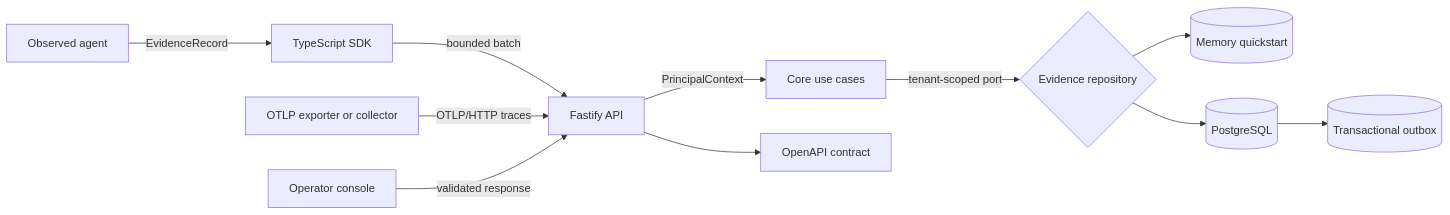
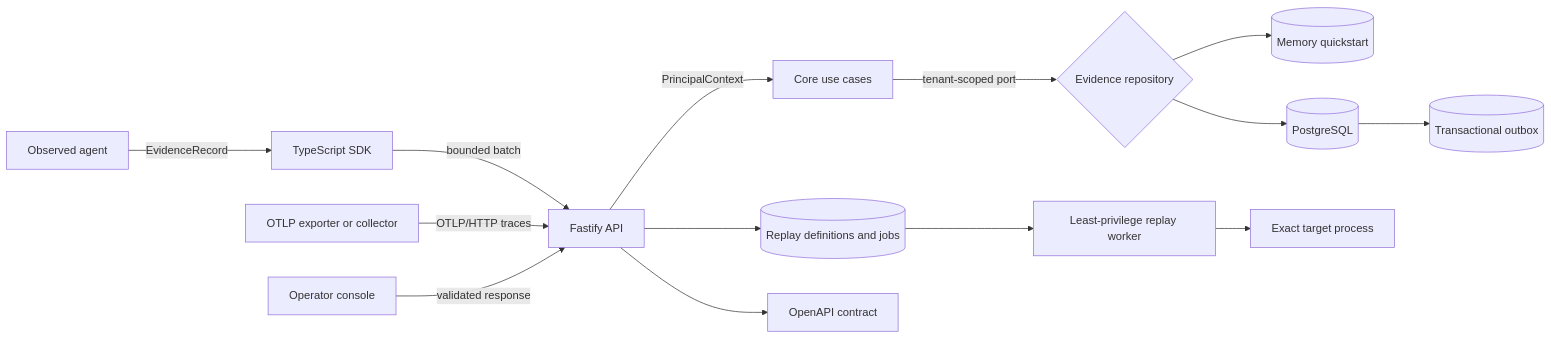
One commit to Kwondh0321/proofstack changed the diagram in README.md. Above: the diagram before and after it, drawn with Mermaid. The commit also changed other lines of this file and 2 other files, not shown here.

First line of the commit message:
docs(project): align durable replay claims

````diff
--- a/README.md
+++ b/README.md
@@ -67,13 +69,16 @@
 ```mermaid
 flowchart LR
     A[Observed agent] -->|EvidenceRecord| S[TypeScript SDK]
     S -->|bounded batch| H[Fastify API]
     T[OTLP exporter or collector] -->|OTLP/HTTP traces| H
     H -->|PrincipalContext| C[Core use cases]
     C -->|tenant-scoped port| R{Evidence repository}
     R --> M[(Memory quickstart)]
     R --> P[(PostgreSQL)]
     P --> X[(Transactional outbox)]
+    H --> Q[(Replay definitions and jobs)]
+    Q --> RW[Least-privilege replay worker]
+    RW --> TP[Exact target process]
     W[Operator console] -->|validated response| H
     H --> O[OpenAPI contract]
 ```
````
